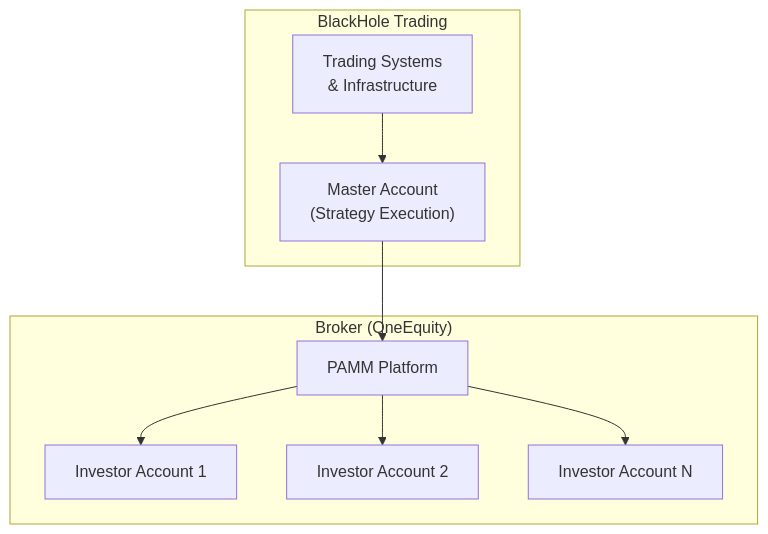
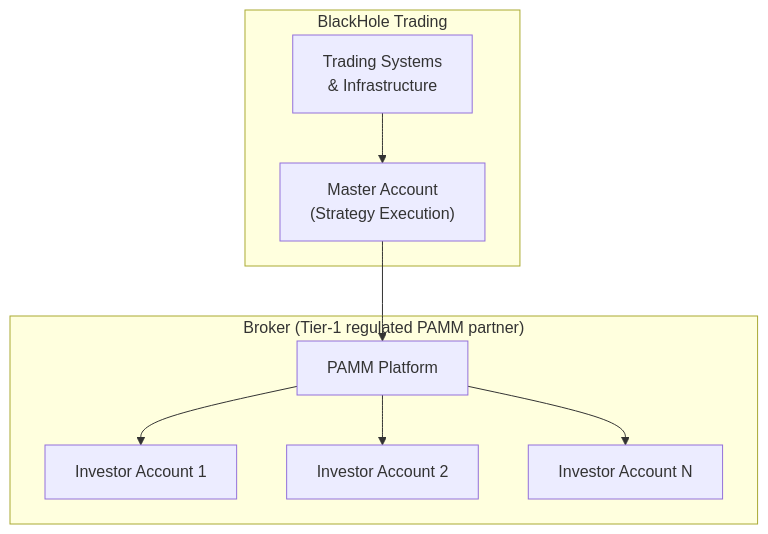
One commit to blackholefund/external_docs changed the first of 3 diagrams in docs/OPERATIONAL_DUE_DILIGENCE.md. Above: the diagram before and after it, drawn with Mermaid. The commit also changed other lines of this file and 13 other files, not shown here.

````diff
--- a/docs/OPERATIONAL_DUE_DILIGENCE.md
+++ b/docs/OPERATIONAL_DUE_DILIGENCE.md
@@ -13,20 +13,20 @@
 ```mermaid
 flowchart TB
     subgraph Manager["BlackHole Trading"]
         Master["Master Account\n(Strategy Execution)"]
         Systems["Trading Systems\n& Infrastructure"]
     end
 
-    subgraph Broker["Broker (OneEquity)"]
+    subgraph Broker["Broker (Tier-1 regulated PAMM partner)"]
         PAMM["PAMM Platform"]
         Inv1["Investor Account 1"]
         Inv2["Investor Account 2"]
         Inv3["Investor Account N"]
     end
 
     Master --> PAMM
     Systems --> Master
     PAMM --> Inv1
     PAMM --> Inv2
     PAMM --> Inv3
 ```
````
